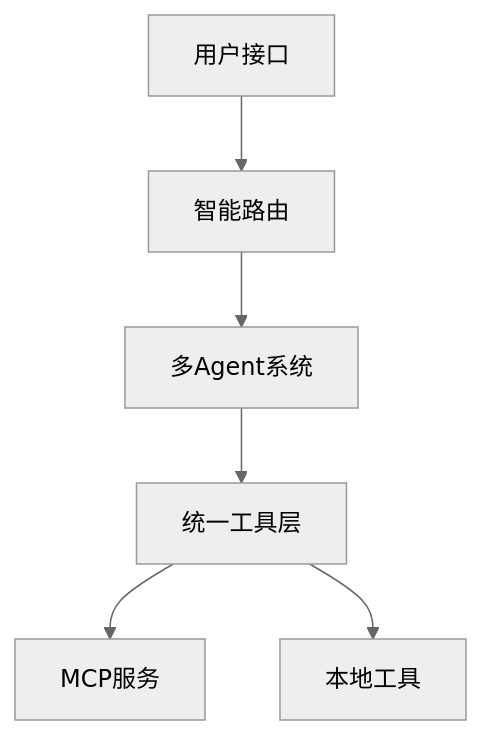
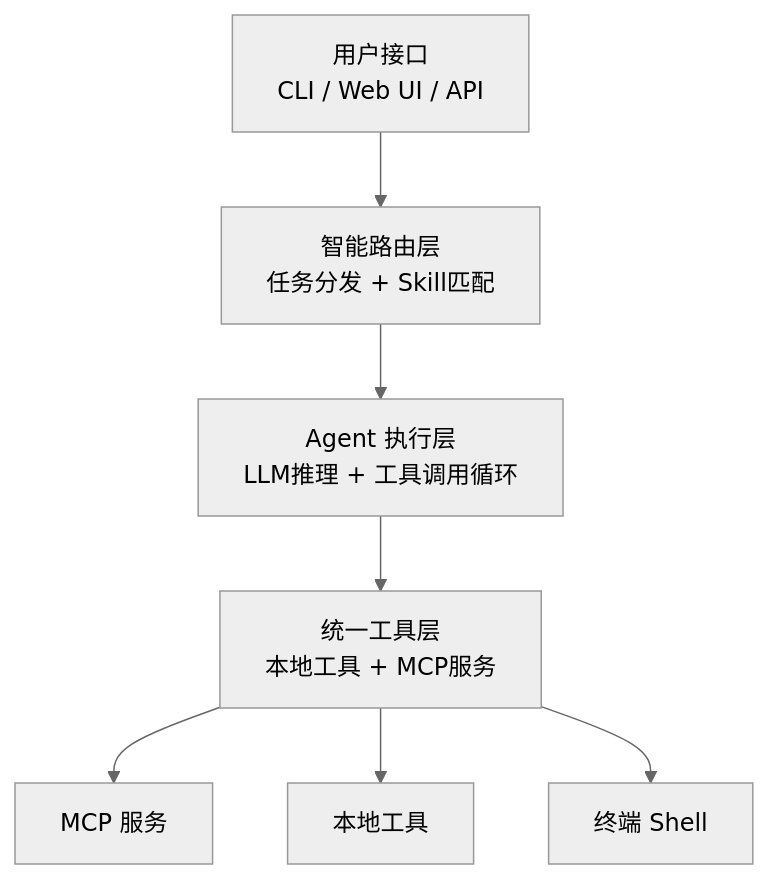
The first of 6 diagrams in docs/ARCHITECTURE.md (fefeding/ai-cmd), drawn with Mermaid (neutral theme) before and after one commit. The commit also changed other lines of this file and 17 other files, not shown here.

````diff
--- a/docs/ARCHITECTURE.md
+++ b/docs/ARCHITECTURE.md
@@ -11,8 +29,9 @@
 ```mermaid
 graph TD
-    CLI[用户接口] --> Router[智能路由]
-    Router --> Agents[多Agent系统]
-    Agents --> Tools[统一工具层]
-    Tools --> MCP[MCP服务]
+    CLI[用户接口<br/>CLI / Web UI / API] --> Router[智能路由层<br/>任务分发 + Skill匹配]
+    Router --> Agents[Agent 执行层<br/>LLM推理 + 工具调用循环]
+    Agents --> Tools[统一工具层<br/>本地工具 + MCP服务]
+    Tools --> MCP[MCP 服务]
     Tools --> Local[本地工具]
+    Tools --> Shell[终端 Shell]
 ```
````
